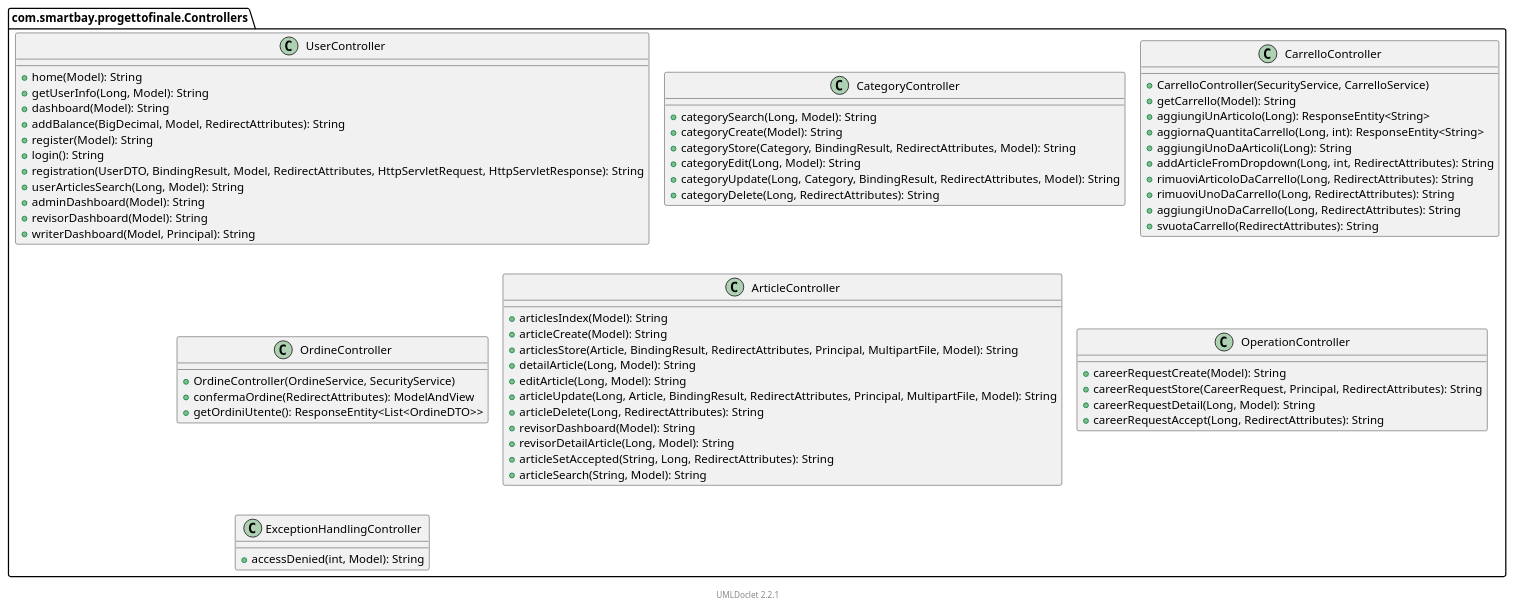
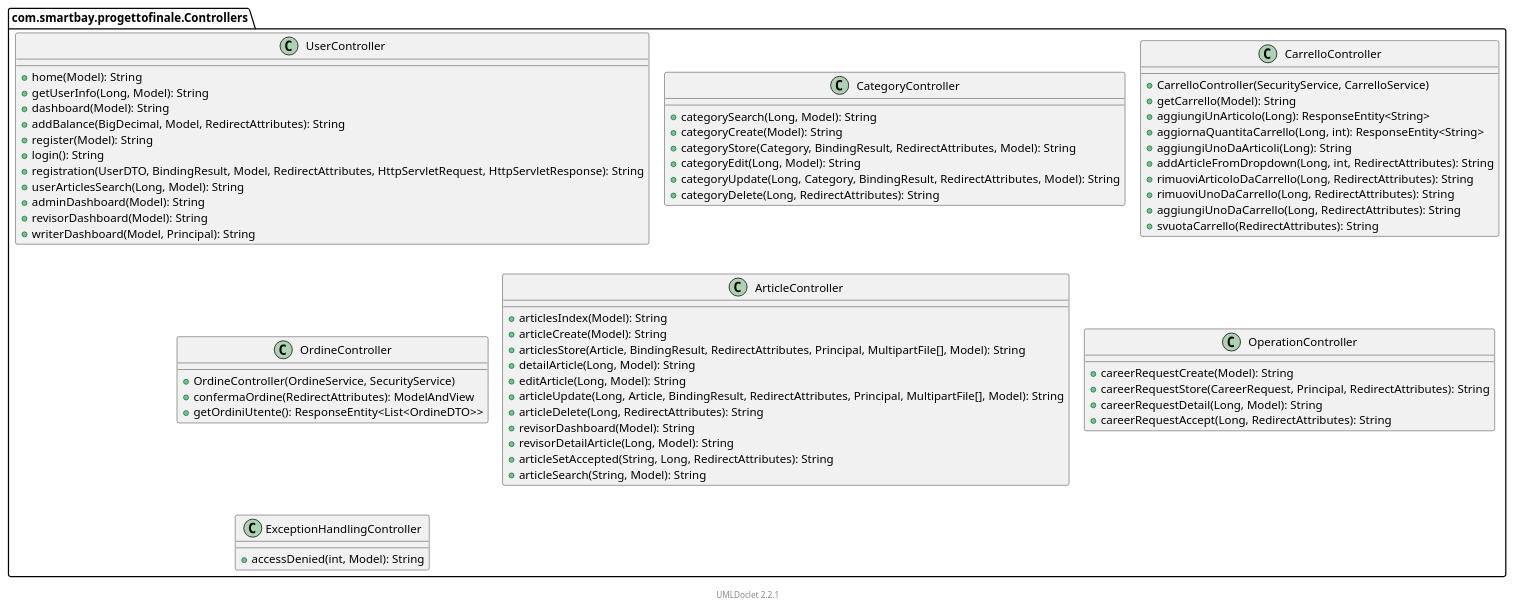
The diagram in com/smartbay/progettofinale/Controllers/package.puml (michelecipriani-mc/E-commerce_ProgettoFinale), drawn with PlantUML before and after one commit. The commit also changed 278 other files, not shown here.

```diff
--- a/com/smartbay/progettofinale/Controllers/package.puml
+++ b/com/smartbay/progettofinale/Controllers/package.puml
@@ -1,90 +1,90 @@
 @startuml
     ' Copyright to this UML and generated images belongs to the author of the corresponding Java sources.
 
     ' This UML was generated by UMLDoclet (C) Copyright 2016-2025 Talsma ICT.
     ' UMLDoclet 2.2.1 is licensed under the Apache License, version 2.0
     ' and contains parts of PlantUML 1.2024.7 (ASL) Copyright 2009-2025, Arnaud Roques.
 
     !pragma layout smetana
     set separator ::
 
     package com.smartbay.progettofinale.Controllers {
 
         class UserController [[UserController.html]] {
             +home(Model): String
             +getUserInfo(Long, Model): String
             +dashboard(Model): String
             +addBalance(BigDecimal, Model, RedirectAttributes): String
             +register(Model): String
             +login(): String
             +registration(UserDTO, BindingResult, Model, RedirectAttributes, HttpServletRequest, HttpServletResponse): String
             +userArticlesSearch(Long, Model): String
             +adminDashboard(Model): String
             +revisorDashboard(Model): String
             +writerDashboard(Model, Principal): String
         }
 
         class CategoryController [[CategoryController.html]] {
             +categorySearch(Long, Model): String
             +categoryCreate(Model): String
             +categoryStore(Category, BindingResult, RedirectAttributes, Model): String
             +categoryEdit(Long, Model): String
             +categoryUpdate(Long, Category, BindingResult, RedirectAttributes, Model): String
             +categoryDelete(Long, RedirectAttributes): String
         }
 
         class CarrelloController [[CarrelloController.html]] {
             +CarrelloController(SecurityService, CarrelloService)
             +getCarrello(Model): String
             +aggiungiUnArticolo(Long): ResponseEntity<String>
             +aggiornaQuantitaCarrello(Long, int): ResponseEntity<String>
             +aggiungiUnoDaArticoli(Long): String
             +addArticleFromDropdown(Long, int, RedirectAttributes): String
             +rimuoviArticoloDaCarrello(Long, RedirectAttributes): String
             +rimuoviUnoDaCarrello(Long, RedirectAttributes): String
             +aggiungiUnoDaCarrello(Long, RedirectAttributes): String
             +svuotaCarrello(RedirectAttributes): String
         }
 
         class OrdineController [[OrdineController.html]] {
             +OrdineController(OrdineService, SecurityService)
             +confermaOrdine(RedirectAttributes): ModelAndView
             +getOrdiniUtente(): ResponseEntity<List<OrdineDTO>>
         }
 
         class ArticleController [[ArticleController.html]] {
             +articlesIndex(Model): String
             +articleCreate(Model): String
-            +articlesStore(Article, BindingResult, RedirectAttributes, Principal, MultipartFile, Model): String
+            +articlesStore(Article, BindingResult, RedirectAttributes, Principal, MultipartFile[], Model): String
             +detailArticle(Long, Model): String
             +editArticle(Long, Model): String
-            +articleUpdate(Long, Article, BindingResult, RedirectAttributes, Principal, MultipartFile, Model): String
+            +articleUpdate(Long, Article, BindingResult, RedirectAttributes, Principal, MultipartFile[], Model): String
             +articleDelete(Long, RedirectAttributes): String
             +revisorDashboard(Model): String
             +revisorDetailArticle(Long, Model): String
             +articleSetAccepted(String, Long, RedirectAttributes): String
             +articleSearch(String, Model): String
         }
 
         class OperationController [[OperationController.html]] {
             +careerRequestCreate(Model): String
             +careerRequestStore(CareerRequest, Principal, RedirectAttributes): String
             +careerRequestDetail(Long, Model): String
             +careerRequestAccept(Long, RedirectAttributes): String
         }
 
         class ExceptionHandlingController [[ExceptionHandlingController.html]] {
             +accessDenied(int, Model): String
         }
 
     }
 
     <style>
         footer {
             HyperLinkColor #8
             HyperLinkUnderlineThickness 0
         }
     </style>
     footer \n[[https://github.com/talsma-ict/umldoclet UMLDoclet 2.2.1]]
-    ' Generated 2025-08-29T10:32:37.354497299+02:00[Europe/Rome]
+    ' Generated 2025-08-29T16:57:38.264557850+02:00[Europe/Rome]
 @enduml
```
